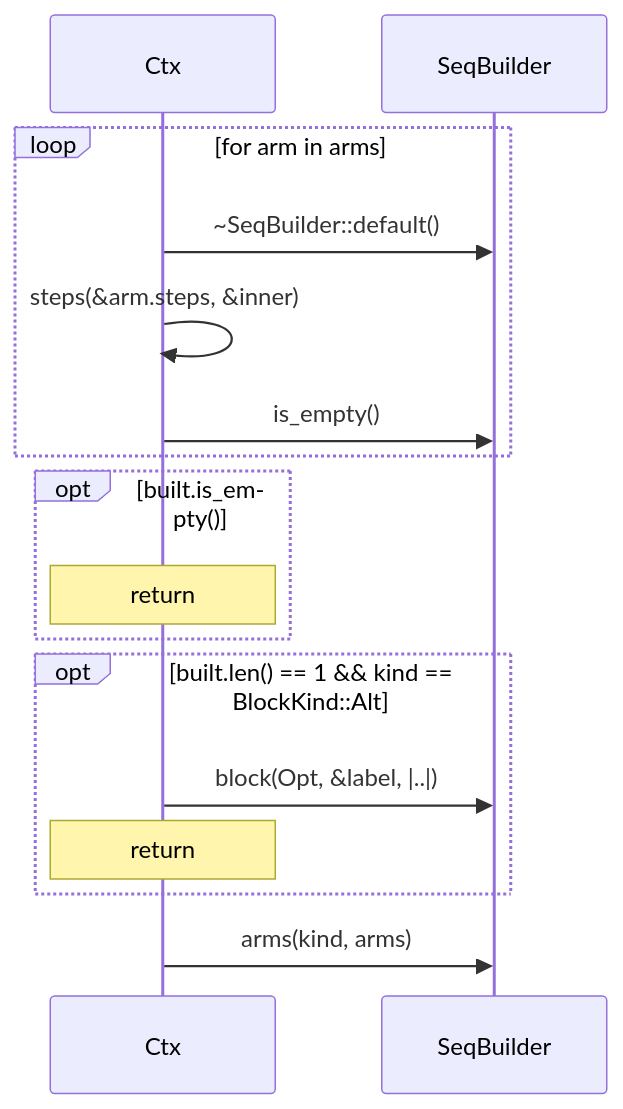
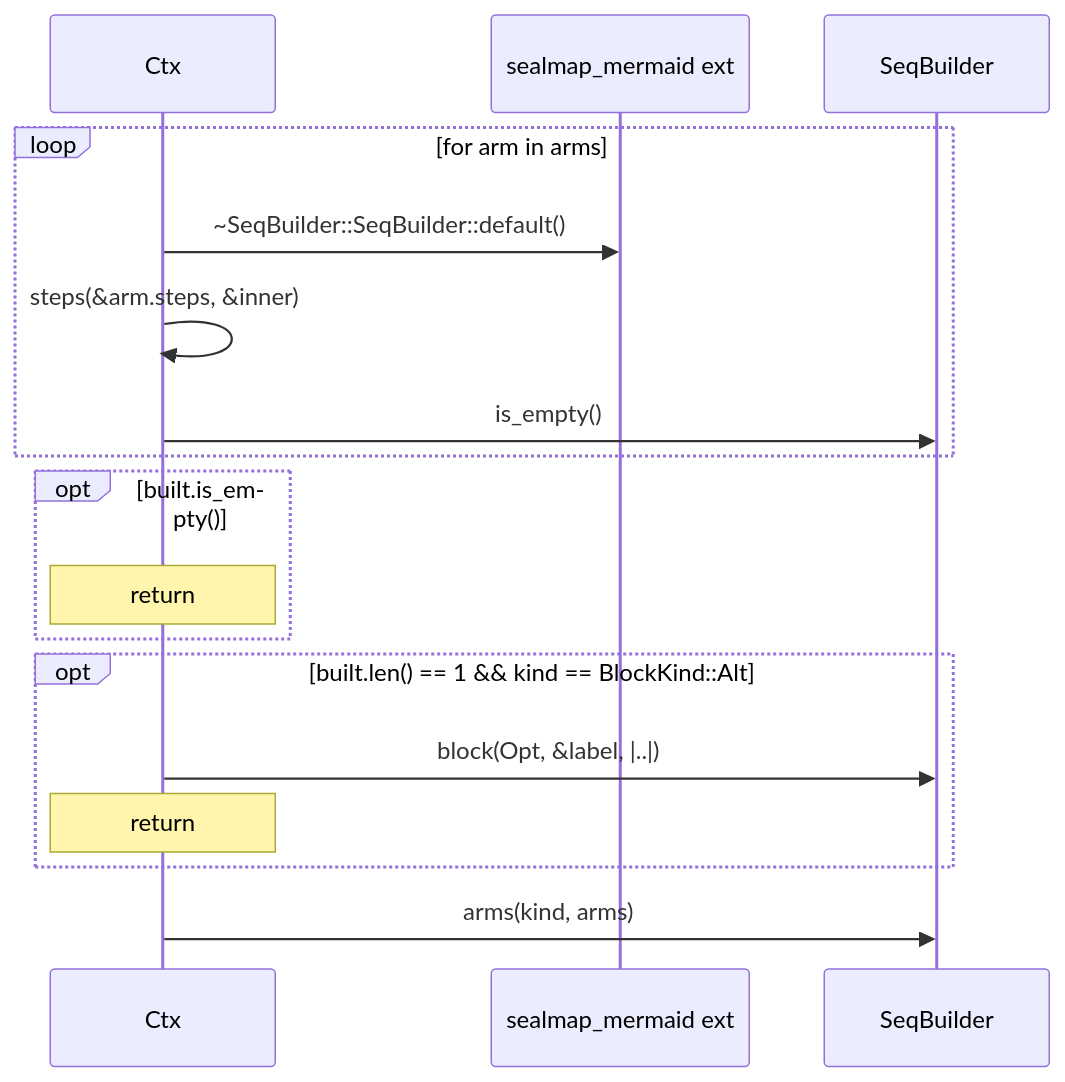
Before and after one commit to DreamLab-AI/codemaid: the fourth of 4 diagrams in docs/sealmap/crates/sealmap-corpus/src/sequence.rs.md, drawn with Mermaid. The commit also changed other lines of this file and 45 other files, not shown here.

First line of the commit message:
docs: regenerate the self-corpus for sym: ids and schema v2

````diff
--- a/docs/sealmap/crates/sealmap-corpus/src/sequence.rs.md
+++ b/docs/sealmap/crates/sealmap-corpus/src/sequence.rs.md
@@ -155,18 +156,19 @@
 ```mermaid
 sequenceDiagram
-  participant sealmap_corpus__sequence__Ctx as Ctx
-  participant sealmap_mermaid__sequence__SeqBuilder as SeqBuilder
+  participant sealmap_corpus__sequence___tCtx as Ctx
+  participant _sealmap_mermaid as sealmap_mermaid ext
+  participant sealmap_mermaid__sequence___tSeqBuilder as SeqBuilder
   loop for arm in arms
-    sealmap_corpus__sequence__Ctx->>sealmap_mermaid__sequence__SeqBuilder: ~SeqBuilder::default()
-    sealmap_corpus__sequence__Ctx->>sealmap_corpus__sequence__Ctx: steps(&arm.steps, &inner)
-    sealmap_corpus__sequence__Ctx->>sealmap_mermaid__sequence__SeqBuilder: is_empty()
+    sealmap_corpus__sequence___tCtx->>_sealmap_mermaid: ~SeqBuilder::SeqBuilder::default()
+    sealmap_corpus__sequence___tCtx->>sealmap_corpus__sequence___tCtx: steps(&arm.steps, &inner)
+    sealmap_corpus__sequence___tCtx->>sealmap_mermaid__sequence___tSeqBuilder: is_empty()
   end
   opt built.is_empty()
-    Note over sealmap_corpus__sequence__Ctx: return
+    Note over sealmap_corpus__sequence___tCtx: return
   end
   opt built.len() == 1 && kind == BlockKind::Alt
-    sealmap_corpus__sequence__Ctx->>sealmap_mermaid__sequence__SeqBuilder: block(Opt, &label, |..|)
-    Note over sealmap_corpus__sequence__Ctx: return
+    sealmap_corpus__sequence___tCtx->>sealmap_mermaid__sequence___tSeqBuilder: block(Opt, &label, |..|)
+    Note over sealmap_corpus__sequence___tCtx: return
   end
-  sealmap_corpus__sequence__Ctx->>sealmap_mermaid__sequence__SeqBuilder: arms(kind, arms)
+  sealmap_corpus__sequence___tCtx->>sealmap_mermaid__sequence___tSeqBuilder: arms(kind, arms)
 ```
````
